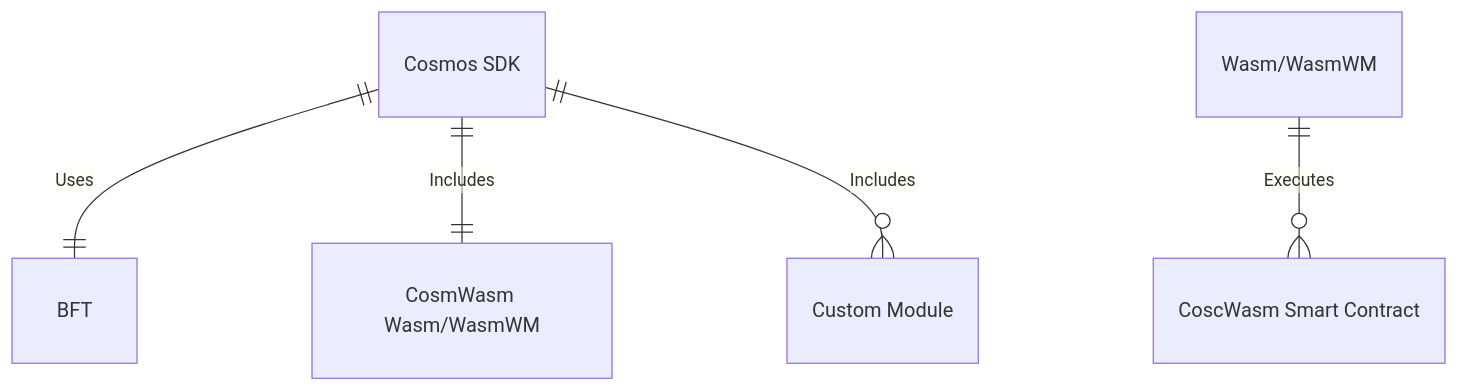
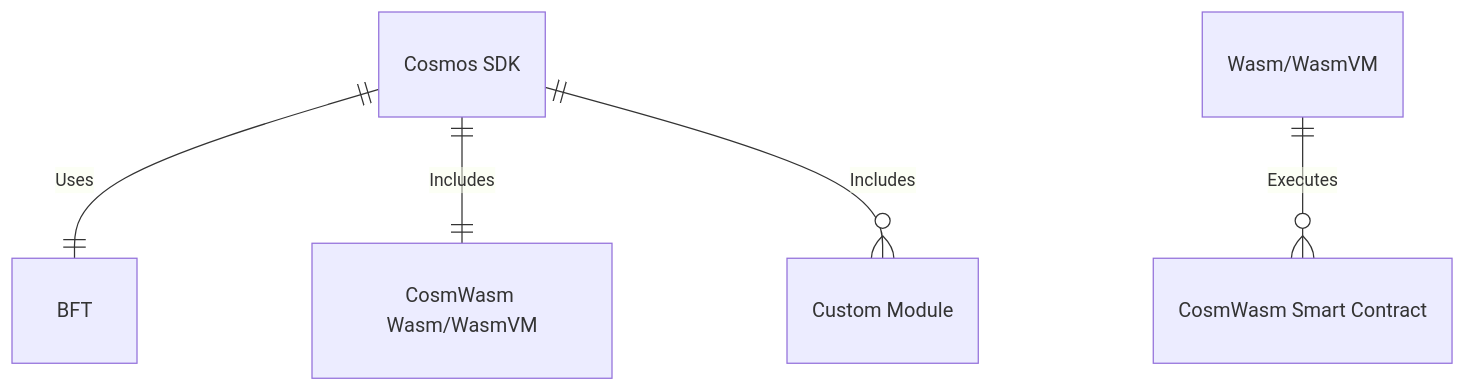
Before and after one commit to CosmWasm/docs: the diagram in src/pages/index.md, drawn with Mermaid. The commit also changed other lines of this file, not shown here.

Commit message:
Typo fixes

````diff
--- a/src/pages/index.md
+++ b/src/pages/index.md
@@ -18,8 +18,8 @@
 ```mermaid
 erDiagram
     "Cosmos SDK" ||--|| BFT: Uses
-    "Cosmos SDK" ||--|| "CosmWasm Wasm/WasmWM": Includes
+    "Cosmos SDK" ||--|| "CosmWasm Wasm/WasmVM": Includes
     "Cosmos SDK" ||--o{ "Custom Module" : Includes
-    "Wasm/WasmWM" ||--o{ "CoscWasm Smart Contract": Executes
+    "Wasm/WasmVM" ||--o{ "CosmWasm Smart Contract": Executes
 
 ```
````
